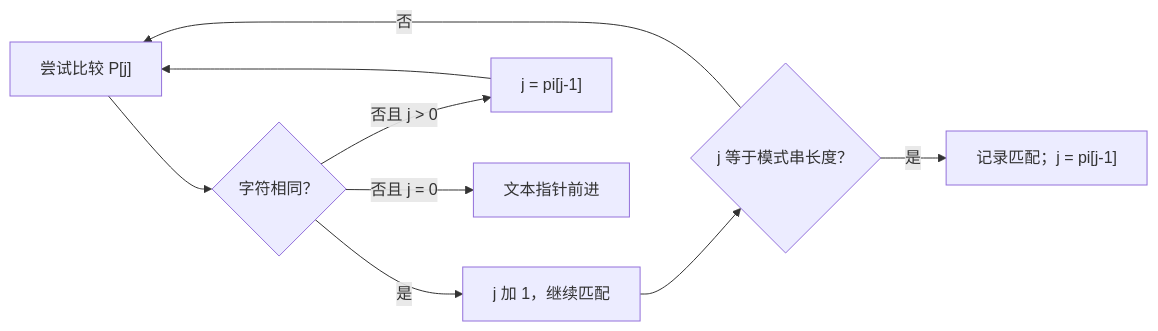
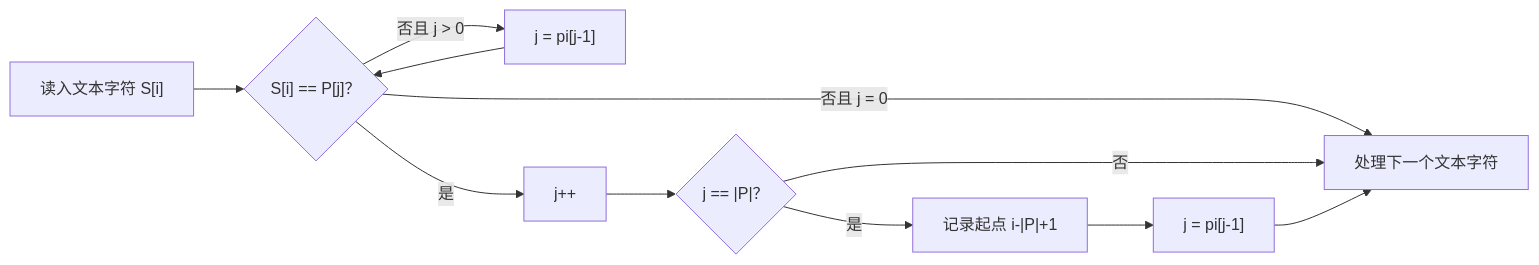
Before and after one commit to SemsueZhang/acmm-site: the diagram in docs/algorithms/strings/kmp.md, drawn with Mermaid. The commit also changed other lines of this file and 10 other files, not shown here.

````diff
--- a/docs/algorithms/strings/kmp.md
+++ b/docs/algorithms/strings/kmp.md
@@ -50,11 +89,13 @@
 ```mermaid
 flowchart LR
-    A["尝试比较 P[j]"] --> B{"字符相同？"}
-    B -- "是" --> C["j 加 1，继续匹配"]
-    B -- "否且 j > 0" --> D["j = pi[j-1]"]
-    D --> A
-    B -- "否且 j = 0" --> E["文本指针前进"]
-    C --> F{"j 等于模式串长度？"}
-    F -- "否" --> A
-    F -- "是" --> G["记录匹配；j = pi[j-1]"]
+    A["读入文本字符 S[i]"] --> B{"S[i] == P[j]？"}
+    B -- "否且 j > 0" --> C["j = pi[j-1]"]
+    C --> B
+    B -- "是" --> D["j++"]
+    B -- "否且 j = 0" --> E["处理下一个文本字符"]
+    D --> F{"j == |P|？"}
+    F -- "否" --> E
+    F -- "是" --> G["记录起点 i-|P|+1"]
+    G --> H["j = pi[j-1]"]
+    H --> E
 ```
````
